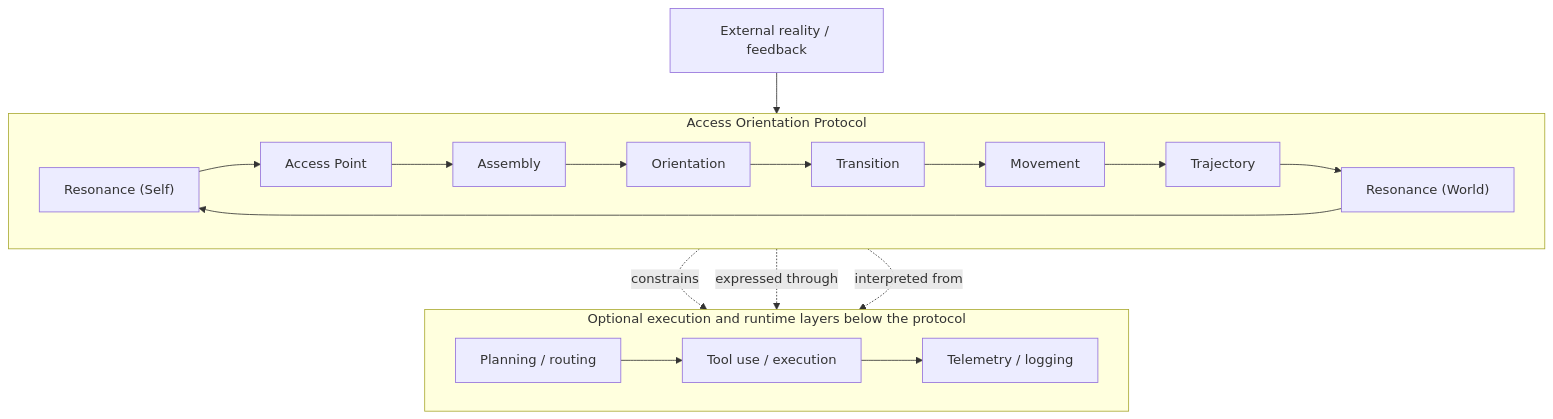
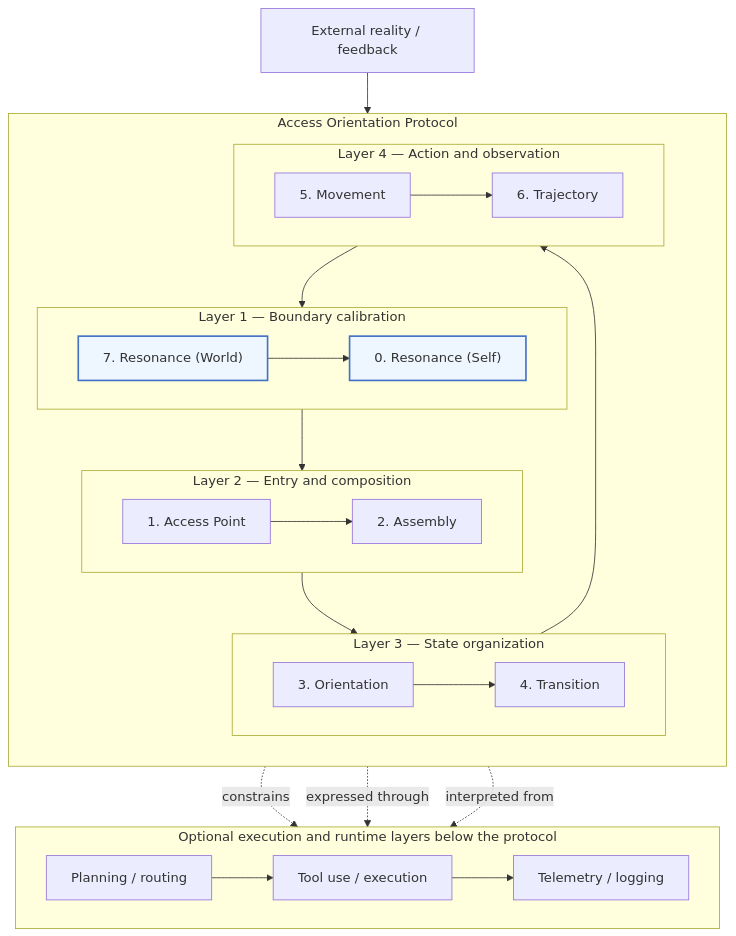
Before and after one commit to safal207/Access-Orientation-Protocol: the diagram in diagrams/access_orientation_layers.mmd, drawn with Mermaid. The commit also changed 3 other files, not shown here.

First line of the commit message:
Apply v0.3 transition change, fix layers diagram parity, add trace CI

```diff
--- a/diagrams/access_orientation_layers.mmd
+++ b/diagrams/access_orientation_layers.mmd
@@ -1,17 +1,45 @@
 flowchart TB
     subgraph Protocol[Access Orientation Protocol]
-        direction LR
-        RS["Resonance (Self)"] --> AP["Access Point"] --> AS["Assembly"] --> OR["Orientation"] --> TR["Transition"] --> MV["Movement"] --> TJ["Trajectory"] --> RW["Resonance (World)"]
+        direction TB
+
+        subgraph BC[Layer 1 — Boundary calibration]
+            direction LR
+            RS["0. Resonance (Self)"]
+            RW["7. Resonance (World)"]
+        end
+
+        subgraph EC[Layer 2 — Entry and composition]
+            direction LR
+            AP["1. Access Point"]
+            AS["2. Assembly"]
+        end
+
+        subgraph SO[Layer 3 — State organization]
+            direction LR
+            OR["3. Orientation"]
+            TR["4. Transition"]
+        end
+
+        subgraph AO[Layer 4 — Action and observation]
+            direction LR
+            MV["5. Movement"]
+            TJ["6. Trajectory"]
+        end
+
+        RS --> AP --> AS --> OR --> TR --> MV --> TJ --> RW
+        RW --> RS
     end
 
     World["External reality / feedback"] --> RW
-    RW --> RS
 
     subgraph Execution[Optional execution and runtime layers below the protocol]
         direction LR
         Plan["Planning / routing"] --> Tools["Tool use / execution"] --> Observe["Telemetry / logging"]
     end
 
     OR -. constrains .-> Plan
     MV -. expressed through .-> Tools
     TJ -. interpreted from .-> Observe
+
+    classDef boundary fill:#eef6ff,stroke:#4472c4,stroke-width:2px;
+    class RS,RW boundary;
```
